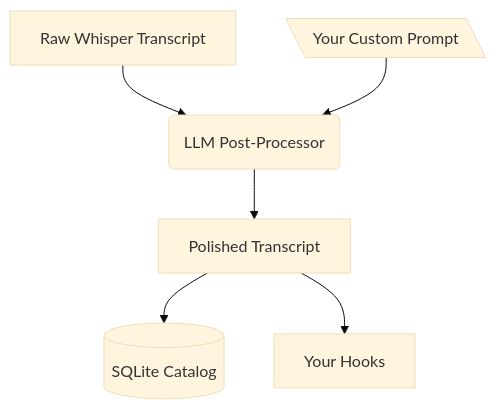
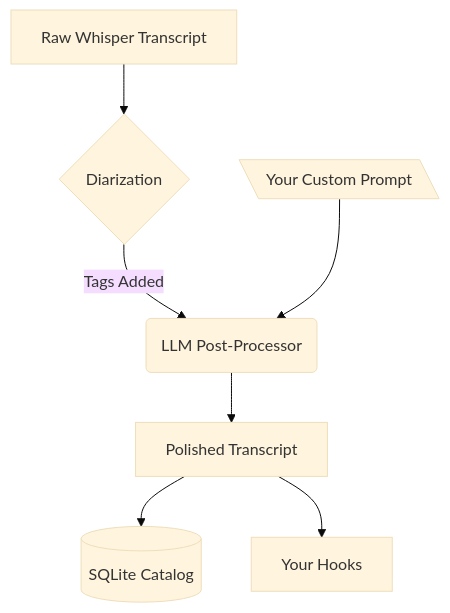
The diagram in docs/llm_post_processing.md (namefailed/phoneme), drawn with Mermaid (base theme) before and after one commit. The commit also changed other lines of this file and 3 other files, not shown here.

````diff
--- a/docs/llm_post_processing.md
+++ b/docs/llm_post_processing.md
@@ -11,8 +11,9 @@
 ```mermaid
 flowchart TD
-    A[Raw Whisper Transcript] --> B(LLM Post-Processor)
+    A[Raw Whisper Transcript] --> D{Diarization}
+    D --> |Tags Added| B(LLM Post-Processor)
     P[\Your Custom Prompt\] --> B
     B --> C[Polished Transcript]
-    C --> D[(SQLite Catalog)]
+    C --> DB[(SQLite Catalog)]
     C --> E[Your Hooks]
 ```
````
